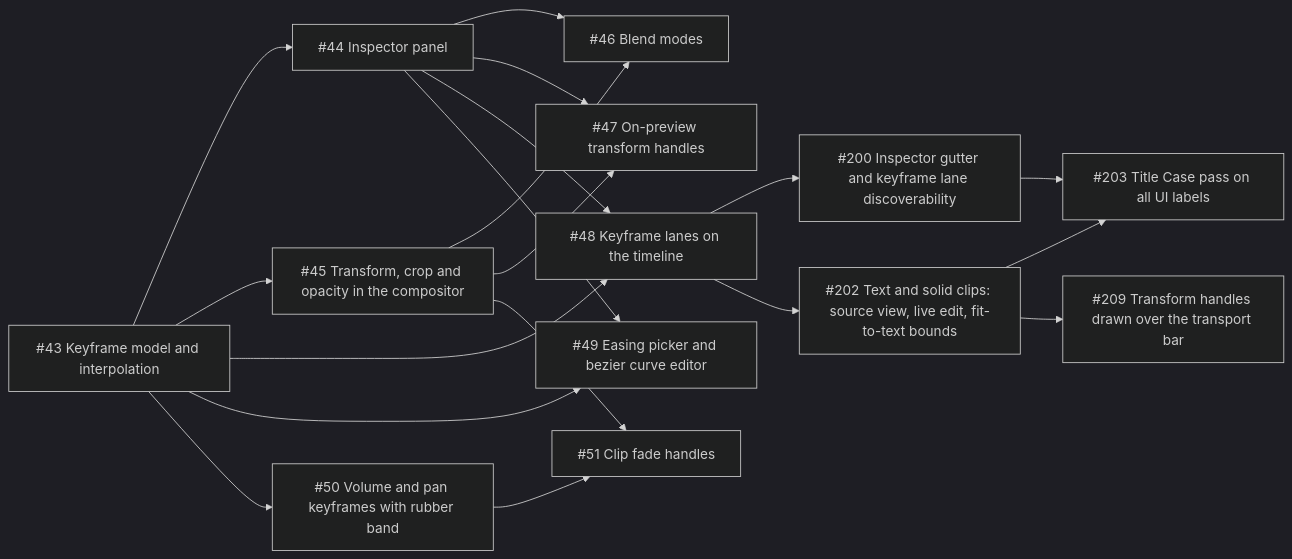
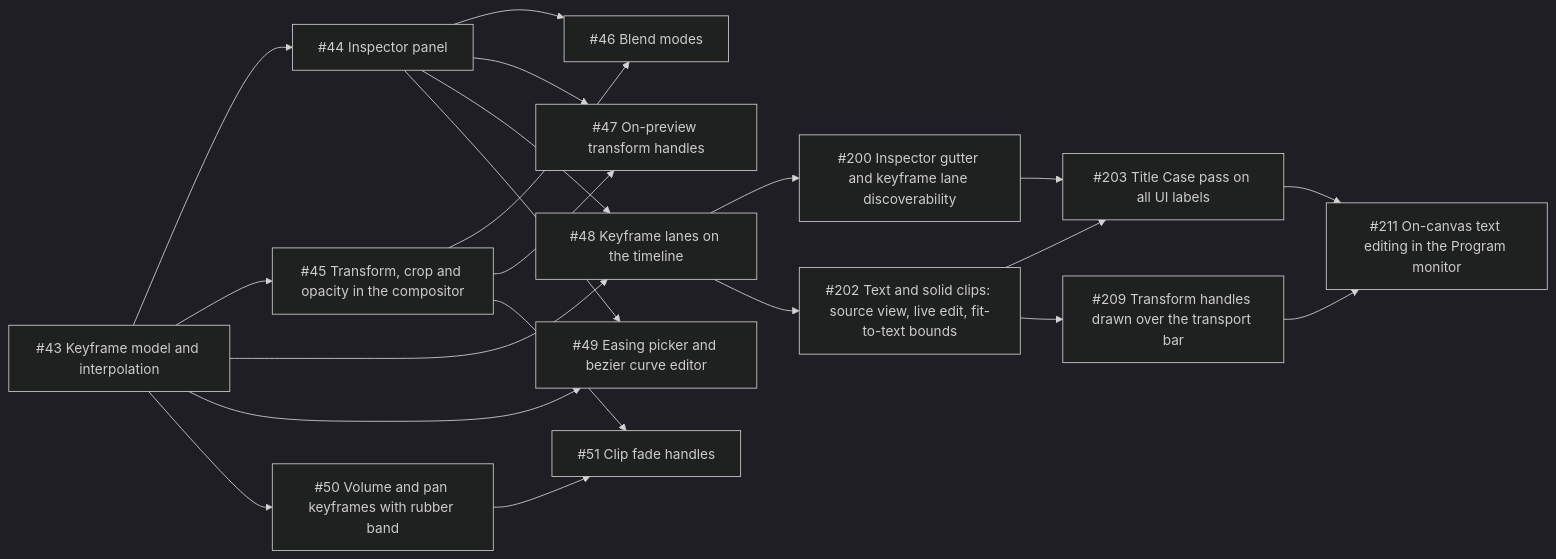
One commit to jarradbanks/jvid changed the fourth of 7 diagrams in docs/ROADMAP.md. Above: the diagram before and after it, drawn with Mermaid (dark theme). The commit also changed other lines of this file and 2 other files, not shown here.

Commit message:
Roadmap: on-canvas text editing

````diff
--- a/docs/ROADMAP.md
+++ b/docs/ROADMAP.md
@@ -242,34 +242,37 @@
 ```mermaid
 flowchart LR
   keyframes["#35;43 Keyframe model and interpolation"]
   inspector["#35;44 Inspector panel"]
   transform["#35;45 Transform, crop and opacity in the compositor"]
   blend["#35;46 Blend modes"]
   gizmo["#35;47 On-preview transform handles"]
   keyframe_lanes["#35;48 Keyframe lanes on the timeline"]
   easing_ui["#35;49 Easing picker and bezier curve editor"]
   audio_keys["#35;50 Volume and pan keyframes with rubber band"]
   fades["#35;51 Clip fade handles"]
   kf_discover["#35;200 Inspector gutter and keyframe lane discoverability"]
   text_solid_fixes["#35;202 Text and solid clips: source view, live edit, fit-to-text bounds"]
   title_case["#35;203 Title Case pass on all UI labels"]
   gizmo_clip["#35;209 Transform handles drawn over the transport bar"]
+  canvas_text_edit["#35;211 On-canvas text editing in the Program monitor"]
   keyframes --> inspector
   keyframes --> transform
   transform --> blend
   inspector --> blend
   transform --> gizmo
   inspector --> gizmo
   keyframes --> keyframe_lanes
   inspector --> keyframe_lanes
   keyframes --> easing_ui
   inspector --> easing_ui
   keyframes --> audio_keys
   audio_keys --> fades
   transform --> fades
   keyframe_lanes --> kf_discover
   keyframe_lanes --> text_solid_fixes
   text_solid_fixes --> title_case
   kf_discover --> title_case
   text_solid_fixes --> gizmo_clip
+  gizmo_clip --> canvas_text_edit
+  title_case --> canvas_text_edit
 ```
````
